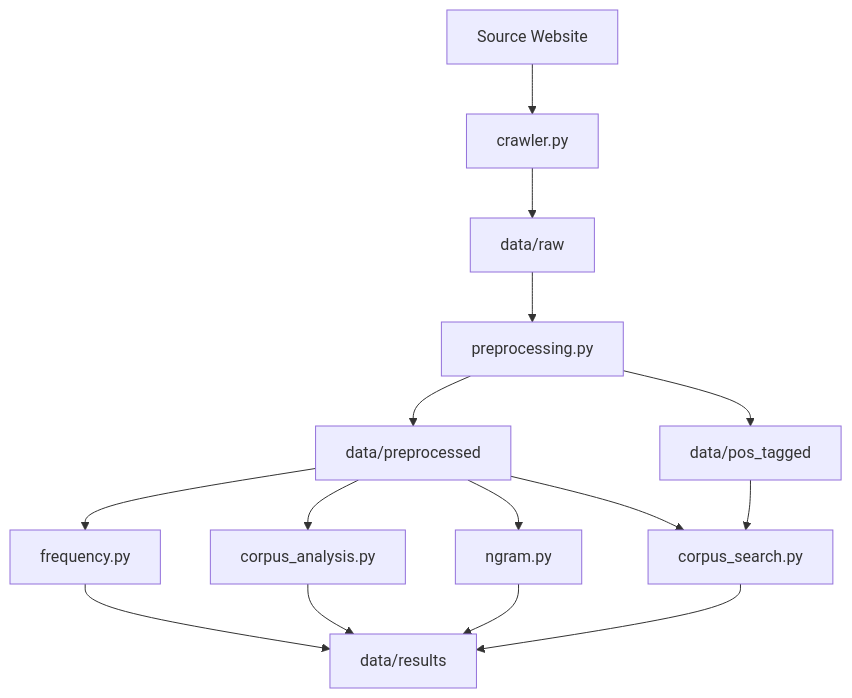
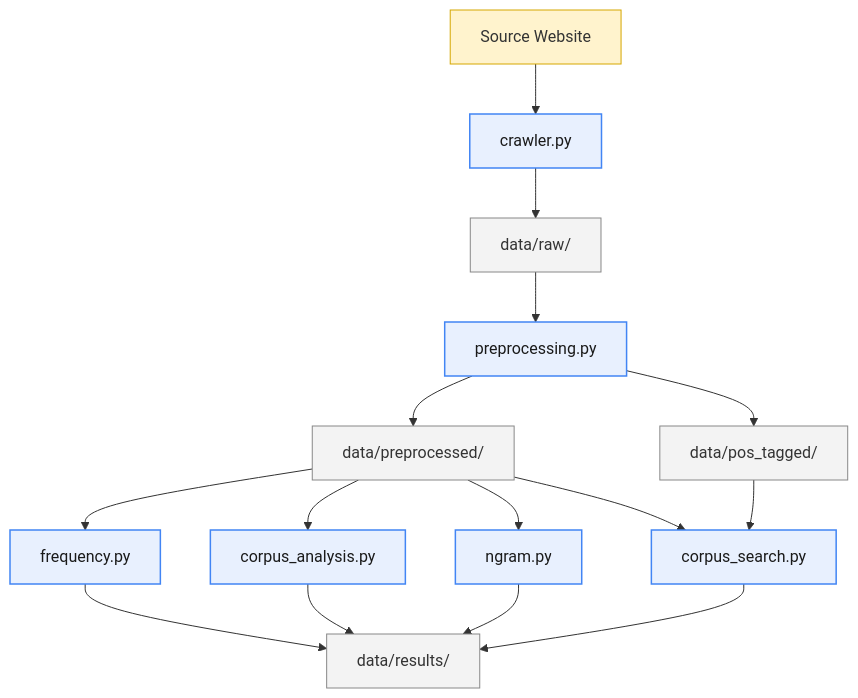
The diagram in README.md (ksphere0013/Corpus-Linguistics-Toolkit-for-Chinese), drawn with Mermaid before and after one commit. The commit also changed other lines of this file, not shown here.

````diff
--- a/README.md
+++ b/README.md
@@ -41,22 +32,30 @@
 ```mermaid
 flowchart TD
     A[Source Website] --> B[crawler.py]
-    B --> C[data/raw]
+    B --> C[data/raw/]
 
     C --> D[preprocessing.py]
 
-    D --> E[data/preprocessed]
-    D --> F[data/pos_tagged]
+    D --> E[data/preprocessed/]
+    D --> F[data/pos_tagged/]
 
     E --> G[frequency.py]
     E --> H[corpus_analysis.py]
     E --> I[ngram.py]
     E --> J[corpus_search.py]
 
     F --> J
 
-    G --> K[data/results]
+    G --> K[data/results/]
     H --> K
     I --> K
     J --> K
+
+    classDef python fill:#e8f0fe,stroke:#4285f4,stroke-width:1.5px,color:#1a1a1a;
+    classDef data fill:#f3f3f3,stroke:#888,stroke-width:1px,color:#333;
+    classDef source fill:#fff3cd,stroke:#d6a700,stroke-width:1px,color:#333;
+
+    class B,D,G,H,I,J python;
+    class C,E,F,K data;
+    class A source;
 ```
````
